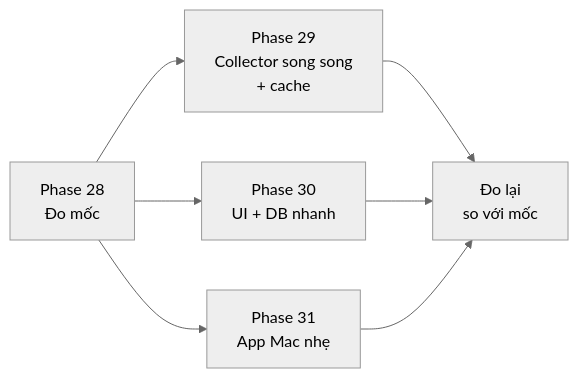
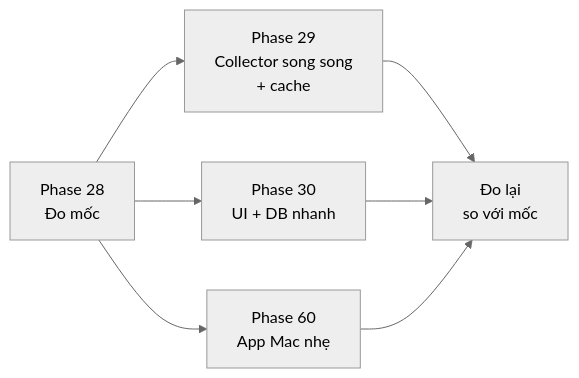
One commit to nvminhtu/niche-radar-docs changed the diagram in docs/web/version-5.md. Above: the diagram before and after it, drawn with Mermaid (neutral theme). The commit also changed other lines of this file and 33 other files, not shown here.

Commit message:
docs: sync Phase 9 làm dở + Phase 8 Project data, app Mac đánh số lại 56–63

````diff
--- a/docs/web/version-5.md
+++ b/docs/web/version-5.md
@@ -22,7 +22,7 @@
 ```mermaid
 flowchart LR
   B[Phase 28<br/>Đo mốc] --> C[Phase 29<br/>Collector song song<br/>+ cache]
   B --> U[Phase 30<br/>UI + DB nhanh]
-  B --> A[Phase 31<br/>App Mac nhẹ]
+  B --> A[Phase 60<br/>App Mac nhẹ]
   C & U & A --> R[Đo lại<br/>so với mốc]
 ```
````
